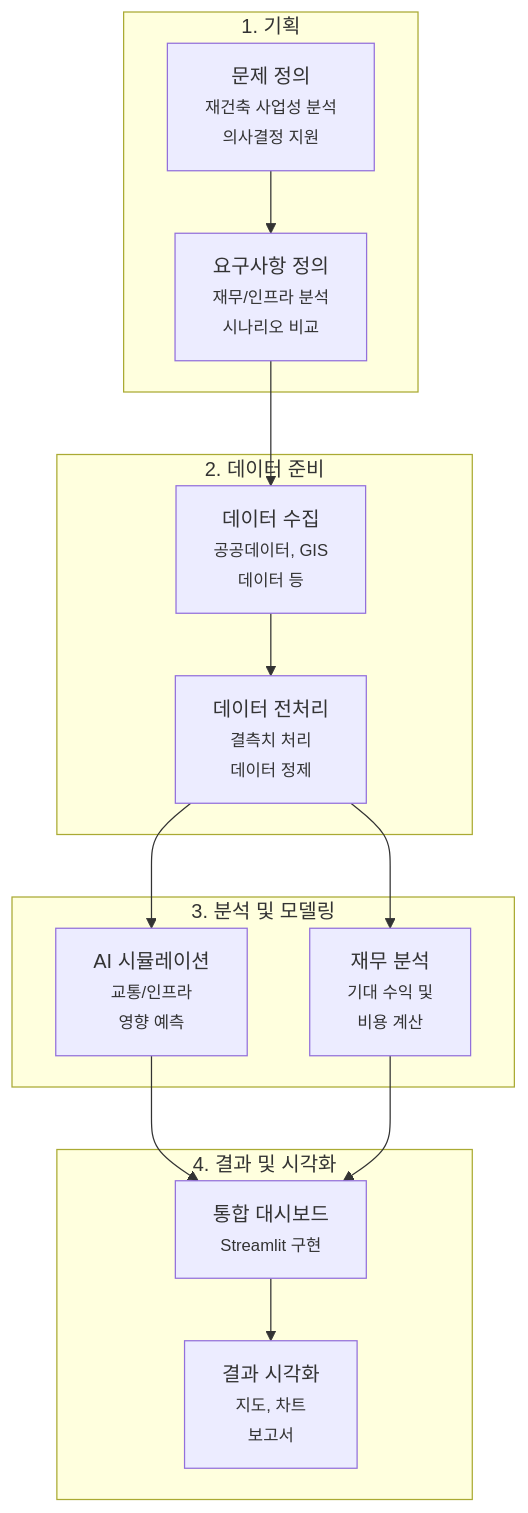
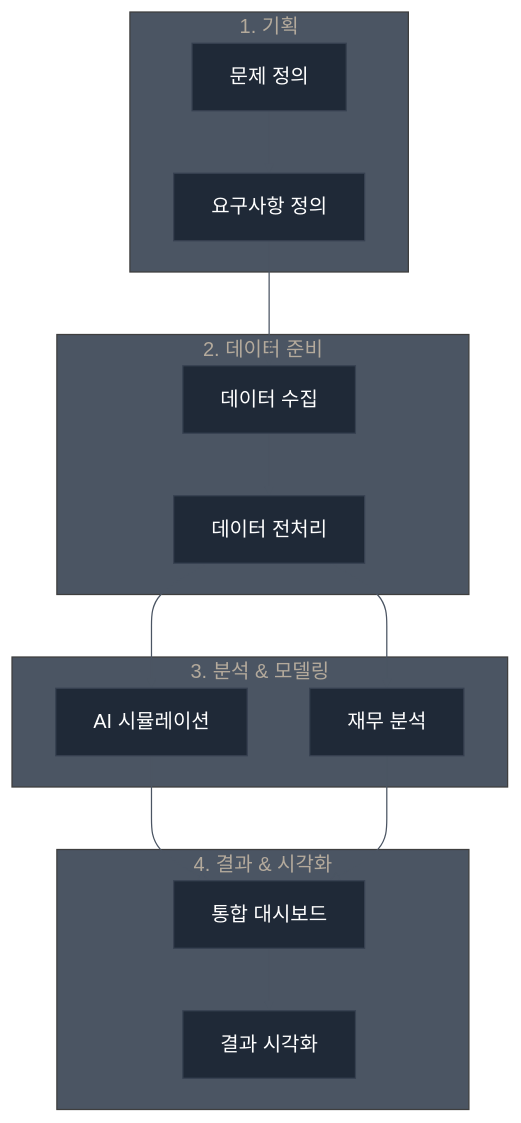
The diagram in README.md (HDCLABS-NOVA/ai01-1st-gitDDong-SightNOVA), drawn with Mermaid before and after one commit.

Commit message:
Commit-13

````diff
--- a/README.md
+++ b/README.md
@@ -13,30 +13,40 @@
 ```mermaid
-%%{init: {'theme': 'transparent'}}%%
+%%{init: {
+  'theme': 'base',
+  'themeVariables': {
+    'primaryColor': '#1F2937',
+    'primaryTextColor': '#FFFFFF',
+    'primaryBorderColor': '#374151',
+    'lineColor': '#4B5563',
+    'secondaryColor': '#374151',
+    'tertiaryColor': '#4B5563'
+  }
+}}%%
 graph TD
     subgraph "1. 기획"
-        A1["문제 정의<br><small>재건축 사업성 분석<br>의사결정 지원</small>"]
-        A2["요구사항 정의<br><small>재무/인프라 분석<br>시나리오 비교</small>"]
+        A1["문제 정의"]
+        A2["요구사항 정의"]
     end
 
     subgraph "2. 데이터 준비"
-        B1["데이터 수집<br><small>공공데이터, GIS<br>데이터 등</small>"]
-        B2["데이터 전처리<br><small>결측치 처리<br>데이터 정제</small>"]
+        B1["데이터 수집"]
+        B2["데이터 전처리"]
     end
 
-    subgraph "3. 분석 및 모델링"
-        C1["AI 시뮬레이션<br><small>교통/인프라<br>영향 예측</small>"]
-        C2["재무 분석<br><small>기대 수익 및<br>비용 계산</small>"]
+    subgraph "3. 분석 & 모델링"
+        C1["AI 시뮬레이션"]
+        C2["재무 분석"]
     end
 
-    subgraph "4. 결과 및 시각화"
-        D1["통합 대시보드<br><small>Streamlit 구현</small>"]
-        D2["결과 시각화<br><small>지도, 차트<br>보고서</small>"]
+    subgraph "4. 결과 & 시각화"
+        D1["통합 대시보드"]
+        D2["결과 시각화"]
     end
 
     A1 --> A2
     A2 --> B1
     B1 --> B2
     B2 --> C1 & C2
     C1 & C2 --> D1
     D1 --> D2
 ```
````
